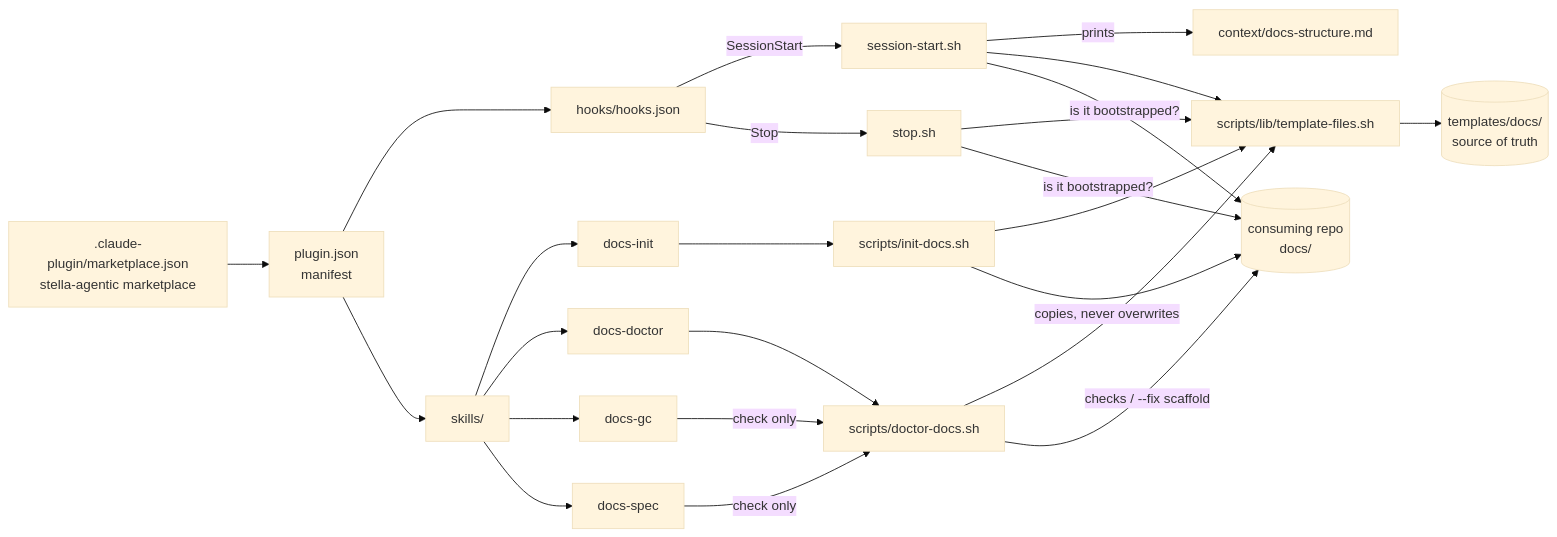
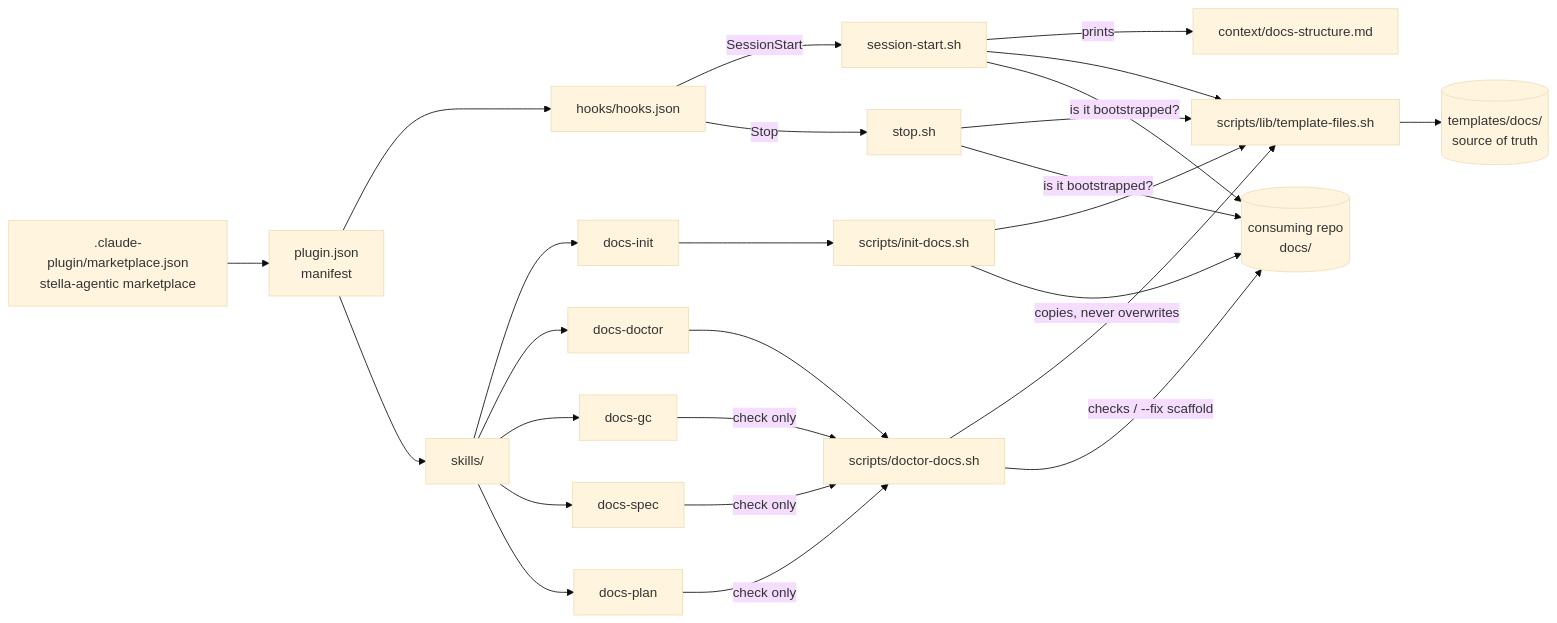
Before and after one commit to rochar/stella.agentic.workflow: the first of 9 diagrams in stella-agentic-workflow-docs.md, drawn with Mermaid (base theme). The commit also changed other lines of this file and 17 other files, not shown here.

````diff
--- a/stella-agentic-workflow-docs.md
+++ b/stella-agentic-workflow-docs.md
@@ -34,30 +39,32 @@
 ```mermaid
 flowchart LR
     MP[".claude-plugin/marketplace.json<br/>stella-agentic marketplace"] --> PJ["plugin.json<br/>manifest"]
     PJ --> HJ["hooks/hooks.json"]
     PJ --> SK["skills/"]
 
     HJ -- SessionStart --> SS["session-start.sh"]
     HJ -- Stop --> ST["stop.sh"]
     SS -- prints --> CTX["context/docs-structure.md"]
 
     SK --> DI["docs-init"]
     SK --> DD["docs-doctor"]
     SK --> GC["docs-gc"]
     SK --> SP["docs-spec"]
+    SK --> PL["docs-plan"]
     DI --> INIT["scripts/init-docs.sh"]
     DD --> DOC["scripts/doctor-docs.sh"]
     GC -- "check only" --> DOC
     SP -- "check only" --> DOC
+    PL -- "check only" --> DOC
 
     SS --> LIB["scripts/lib/template-files.sh"]
     ST --> LIB
     INIT --> LIB
     DOC --> LIB
     LIB --> TPL[("templates/docs/<br/>source of truth")]
 
     INIT -- "copies, never overwrites" --> REPO[("consuming repo<br/>docs/")]
     DOC -- "checks / --fix scaffold" --> REPO
     SS -- "is it bootstrapped?" --> REPO
     ST -- "is it bootstrapped?" --> REPO
 ```
````
